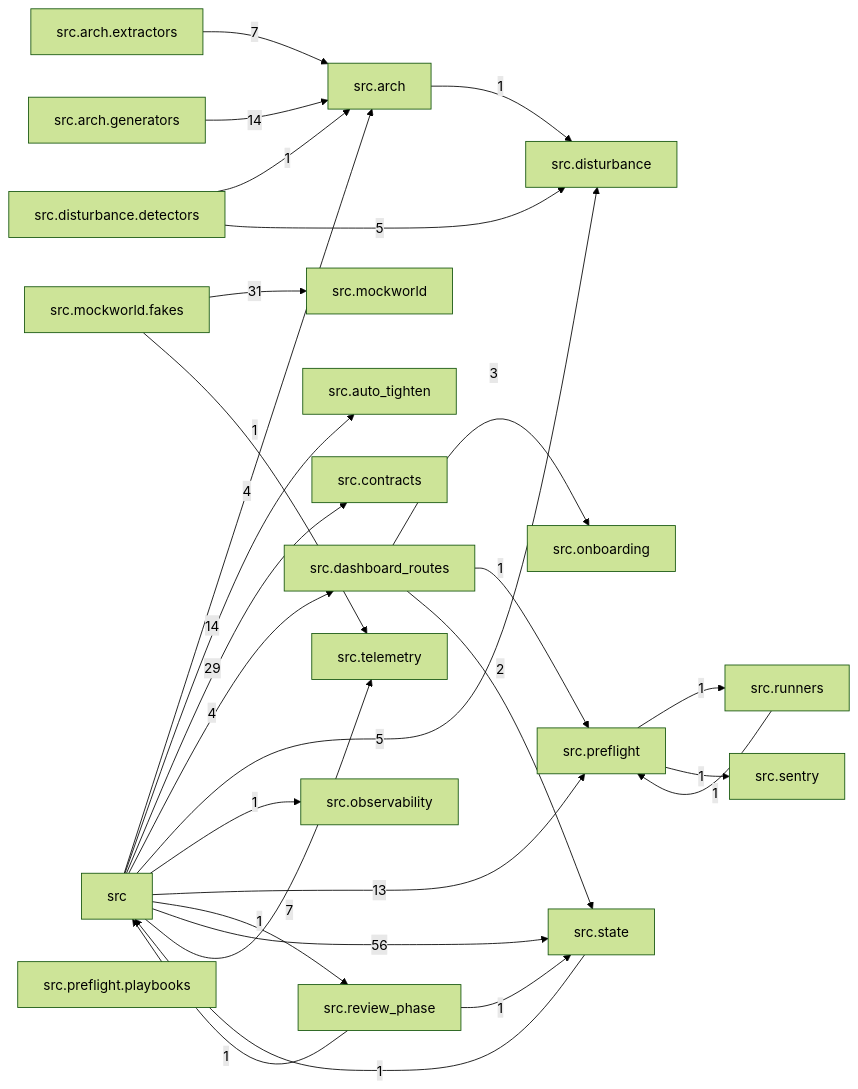
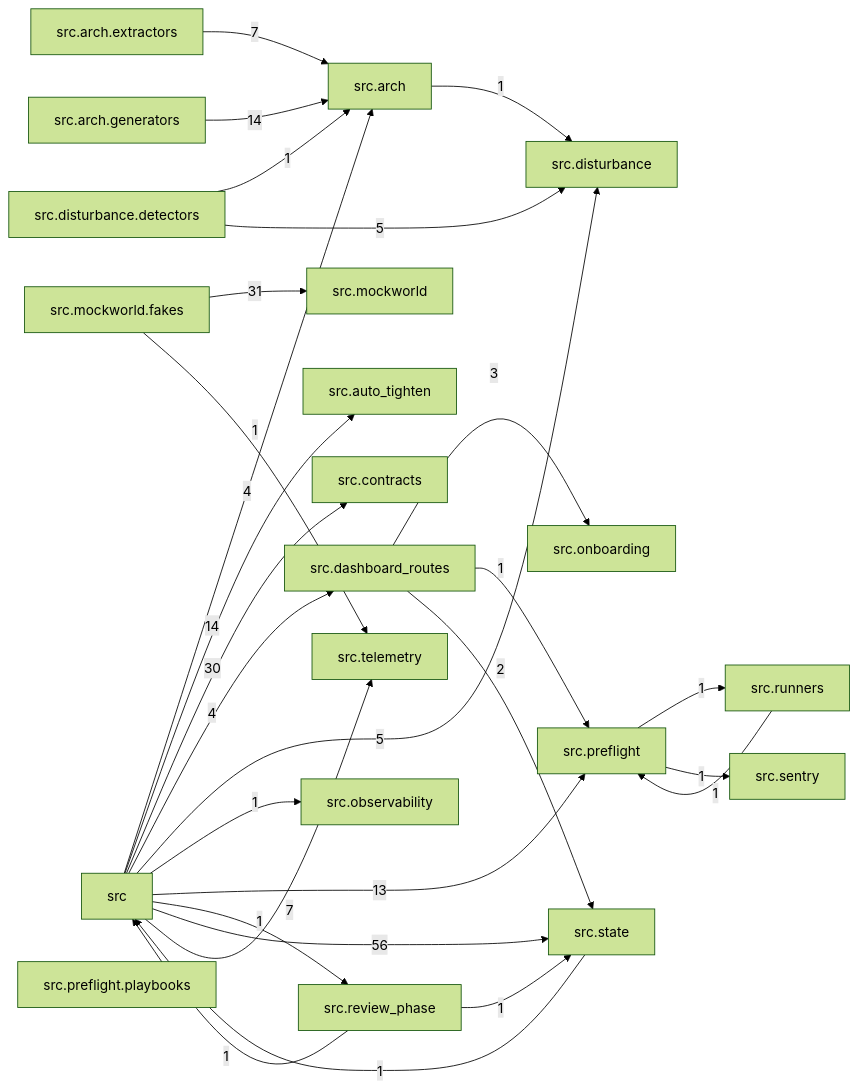
Before and after one commit to T-rav/hydraflow: the diagram in docs/arch/generated/modules.md, drawn with Mermaid (forest theme). The commit also changed 19 other files, not shown here.

````diff
--- a/docs/arch/generated/modules.md
+++ b/docs/arch/generated/modules.md
@@ -7,49 +7,49 @@
 ```mermaid
 graph LR
     src["src"]
     src_arch["src.arch"]
     src_arch_extractors["src.arch.extractors"]
     src_arch_generators["src.arch.generators"]
     src_auto_tighten["src.auto_tighten"]
     src_contracts["src.contracts"]
     src_dashboard_routes["src.dashboard_routes"]
     src_disturbance["src.disturbance"]
     src_disturbance_detectors["src.disturbance.detectors"]
     src_mockworld["src.mockworld"]
     src_mockworld_fakes["src.mockworld.fakes"]
     src_observability["src.observability"]
     src_onboarding["src.onboarding"]
     src_preflight["src.preflight"]
     src_preflight_playbooks["src.preflight.playbooks"]
     src_review_phase["src.review_phase"]
     src_runners["src.runners"]
     src_sentry["src.sentry"]
     src_state["src.state"]
     src_telemetry["src.telemetry"]
     src -- "4" --> src_arch
     src -- "14" --> src_auto_tighten
-    src -- "29" --> src_contracts
+    src -- "30" --> src_contracts
     src -- "4" --> src_dashboard_routes
     src -- "5" --> src_disturbance
     src -- "1" --> src_observability
     src -- "13" --> src_preflight
     src -- "1" --> src_review_phase
     src -- "56" --> src_state
     src -- "7" --> src_telemetry
     src_arch -- "1" --> src_disturbance
     src_arch_extractors -- "7" --> src_arch
     src_arch_generators -- "14" --> src_arch
     src_dashboard_routes -- "3" --> src_onboarding
     src_dashboard_routes -- "1" --> src_preflight
     src_dashboard_routes -- "2" --> src_state
     src_disturbance_detectors -- "1" --> src_arch
     src_disturbance_detectors -- "5" --> src_disturbance
     src_mockworld_fakes -- "31" --> src_mockworld
     src_mockworld_fakes -- "1" --> src_telemetry
     src_preflight -- "1" --> src_runners
     src_preflight -- "1" --> src_sentry
     src_review_phase -- "1" --> src
     src_review_phase -- "1" --> src_state
     src_runners -- "1" --> src_preflight
     src_state -- "1" --> src
 ```
````
